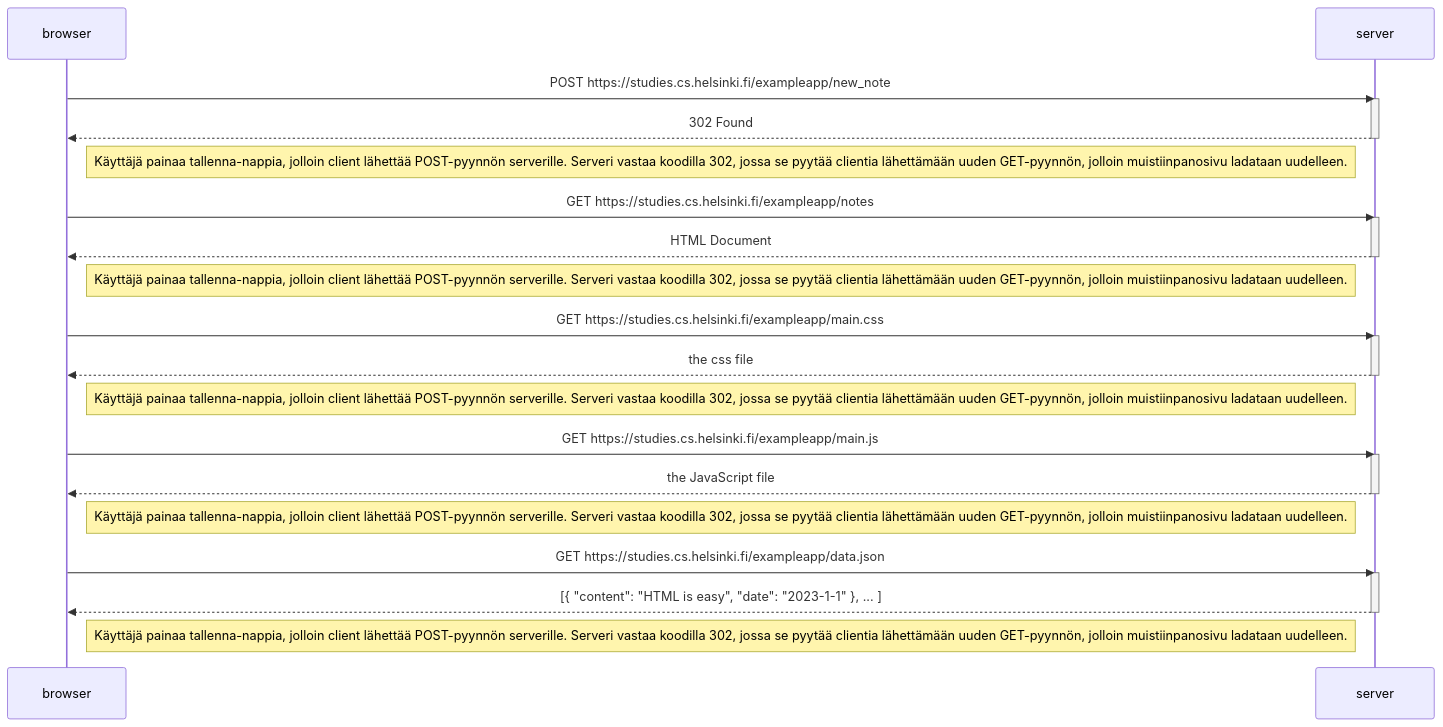
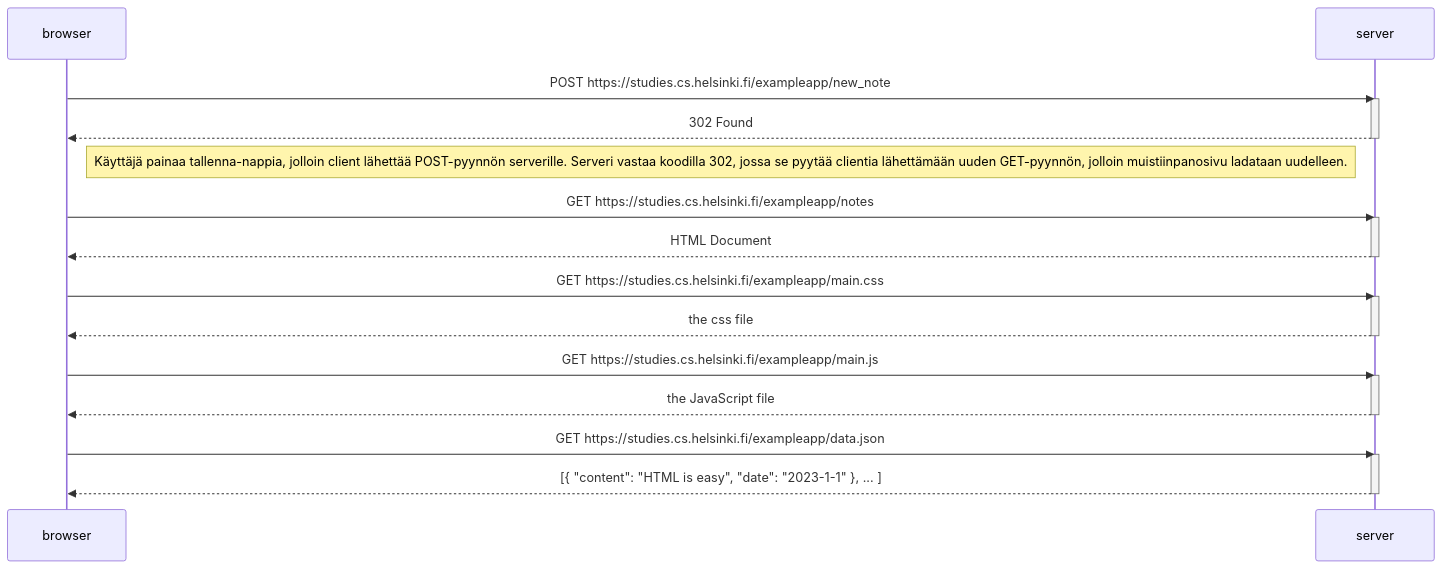
One commit to savalree/fullstack_palautusrepo changed the diagram in osa0/0.4.md. Above: the diagram before and after it, drawn with Mermaid.

Commit message:
tehtävä 0.4: forgot extra notes

````diff
--- a/osa0/0.4.md
+++ b/osa0/0.4.md
@@ -1,40 +1,33 @@
 ```mermaid
 sequenceDiagram
     participant browser
     participant server
     
     browser->>server: POST https://studies.cs.helsinki.fi/exampleapp/new_note
     activate server
     server-->>browser: 302 Found
     deactivate server
 
     Note right of browser: Käyttäjä painaa tallenna-nappia, jolloin client lähettää POST-pyynnön serverille. Serveri vastaa koodilla 302, jossa se pyytää clientia lähettämään uuden GET-pyynnön, jolloin muistiinpanosivu ladataan uudelleen.
     
     browser->>server: GET https://studies.cs.helsinki.fi/exampleapp/notes
     activate server
     server-->>browser: HTML Document
     deactivate server
-
-    Note right of browser: Käyttäjä painaa tallenna-nappia, jolloin client lähettää POST-pyynnön serverille. Serveri vastaa koodilla 302, jossa se pyytää clientia lähettämään uuden GET-pyynnön, jolloin muistiinpanosivu ladataan uudelleen.
         
     browser->>server: GET https://studies.cs.helsinki.fi/exampleapp/main.css
     activate server
     server-->>browser: the css file
     deactivate server
-    Note right of browser: Käyttäjä painaa tallenna-nappia, jolloin client lähettää POST-pyynnön serverille. Serveri vastaa koodilla 302, jossa se pyytää clientia lähettämään uuden GET-pyynnön, jolloin muistiinpanosivu ladataan uudelleen.
 
     browser->>server: GET https://studies.cs.helsinki.fi/exampleapp/main.js
     activate server
     server-->>browser: the JavaScript file
     deactivate server
-
-    Note right of browser: Käyttäjä painaa tallenna-nappia, jolloin client lähettää POST-pyynnön serverille. Serveri vastaa koodilla 302, jossa se pyytää clientia lähettämään uuden GET-pyynnön, jolloin muistiinpanosivu ladataan uudelleen.
     
     browser->>server: GET https://studies.cs.helsinki.fi/exampleapp/data.json
     activate server
     server-->>browser: [{ "content": "HTML is easy", "date": "2023-1-1" }, ... ]
     deactivate server 
 
-    Note right of browser: Käyttäjä painaa tallenna-nappia, jolloin client lähettää POST-pyynnön serverille. Serveri vastaa koodilla 302, jossa se pyytää clientia lähettämään uuden GET-pyynnön, jolloin muistiinpanosivu ladataan uudelleen.   
-
 ```
````
